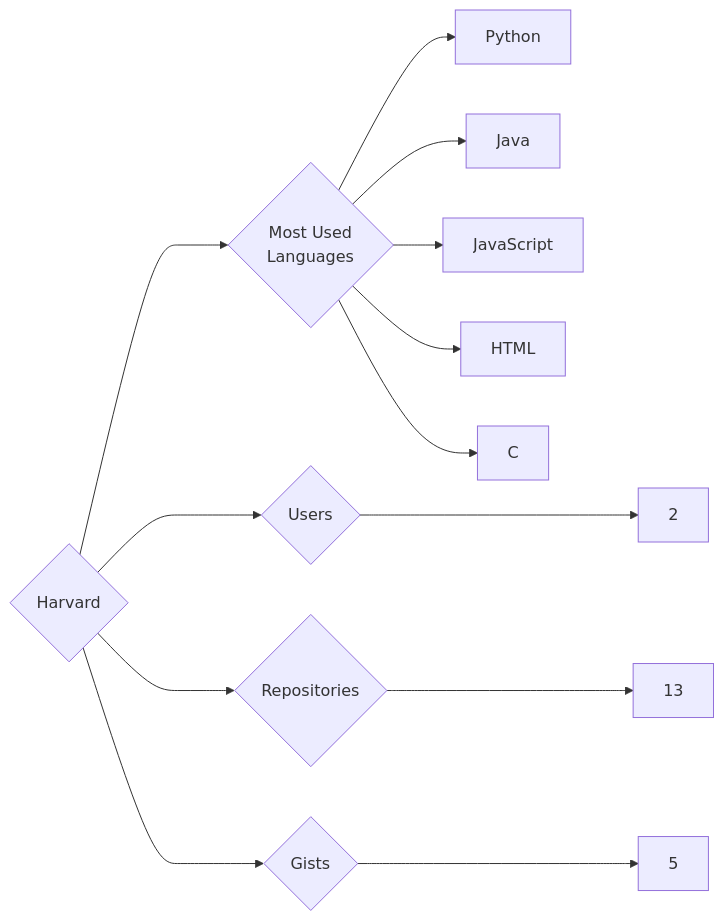
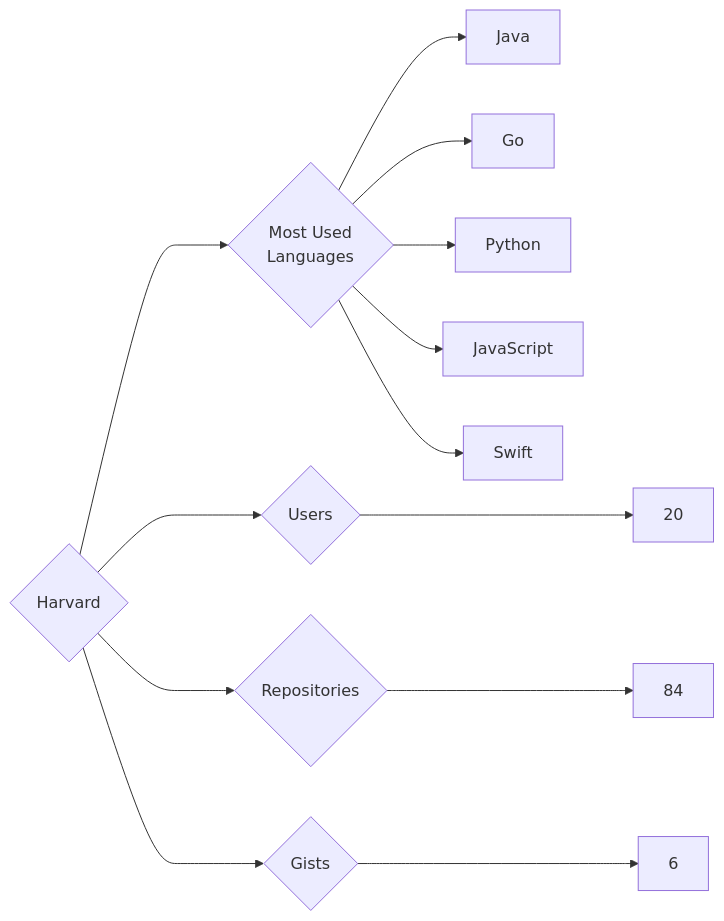
The diagram in targets/Harvard/README.md (trickest/insiders), drawn with Mermaid before and after one commit. The commit also changed 916 other files, not shown here.

````diff
--- a/targets/Harvard/README.md
+++ b/targets/Harvard/README.md
@@ -3,13 +3,13 @@
 ```mermaid
 graph LR
 COMPANY_NAME{Harvard}
-COMPANY_NAME ---> U{Users} ---> UN[2]
-COMPANY_NAME ---> R{Repositories} ---> RN[13]
-COMPANY_NAME ---> G{Gists} ---> GN[5]
+COMPANY_NAME ---> U{Users} ---> UN[20]
+COMPANY_NAME ---> R{Repositories} ---> RN[84]
+COMPANY_NAME ---> G{Gists} ---> GN[6]
 COMPANY_NAME ---> ML{Most Used<br>Languages}
+ML --> Java[Java]
+ML --> Go[Go]
 ML --> Python[Python]
-ML --> Java[Java]
 ML --> JavaScript[JavaScript]
-ML --> HTML[HTML]
-ML --> C[C]
+ML --> Swift[Swift]
 ```
````
